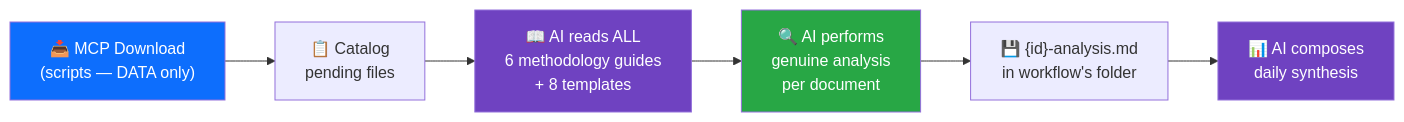
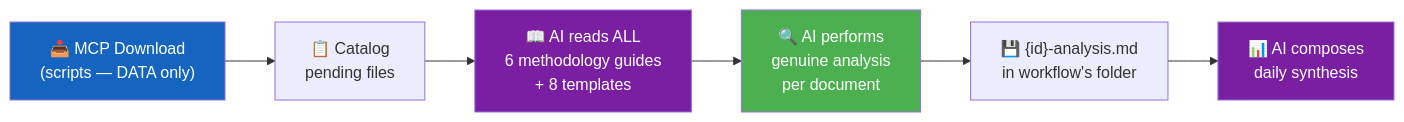
Before and after one commit to Hack23/riksdagsmonitor: the sixth of 7 diagrams in analysis/README.md, drawn with Mermaid. The commit also changed other lines of this file and 785 other files, not shown here.

First line of the commit message:
Normalize mermaid colors across 786 analysis artifacts to ISMS Style Guide palette

````diff
--- a/analysis/README.md
+++ b/analysis/README.md
@@ -775,13 +775,13 @@
 ```mermaid
 flowchart LR
     A["📥 MCP Download<br/>(scripts — DATA only)"] --> B["📋 Catalog<br/>pending files"]
     B --> C["📖 AI reads ALL<br/>6 methodology guides<br/>+ 8 templates"]
     C --> D["🔍 AI performs<br/>genuine analysis<br/>per document"]
     D --> E["💾 {id}-analysis.md<br/>in workflow's folder"]
     E --> F["📊 AI composes<br/>daily synthesis"]
 
-    style A fill:#0d6efd,color:#fff
-    style C fill:#6f42c1,color:#fff
-    style D fill:#28a745,color:#fff
-    style F fill:#6f42c1,color:#fff
+    style A fill:#1565C0,color:#FFFFFF
+    style C fill:#7B1FA2,color:#FFFFFF
+    style D fill:#4CAF50,color:#FFFFFF
+    style F fill:#7B1FA2,color:#FFFFFF
 ```
````
